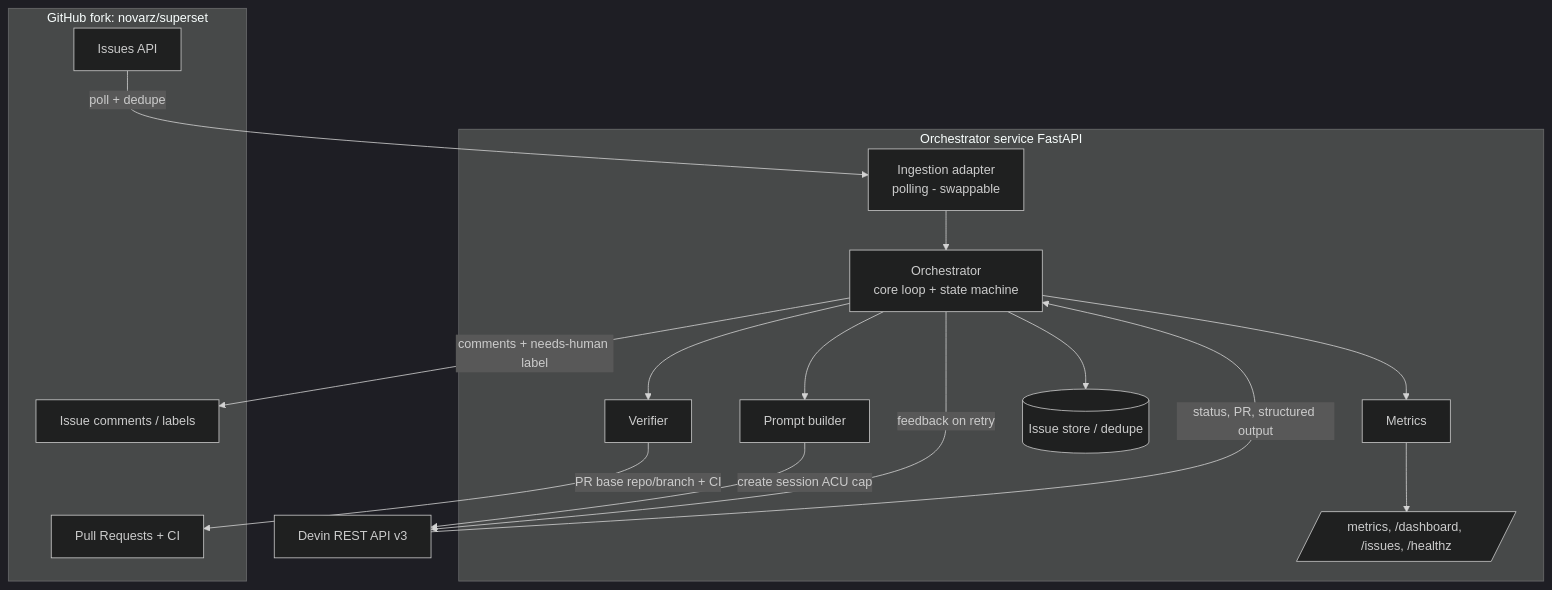
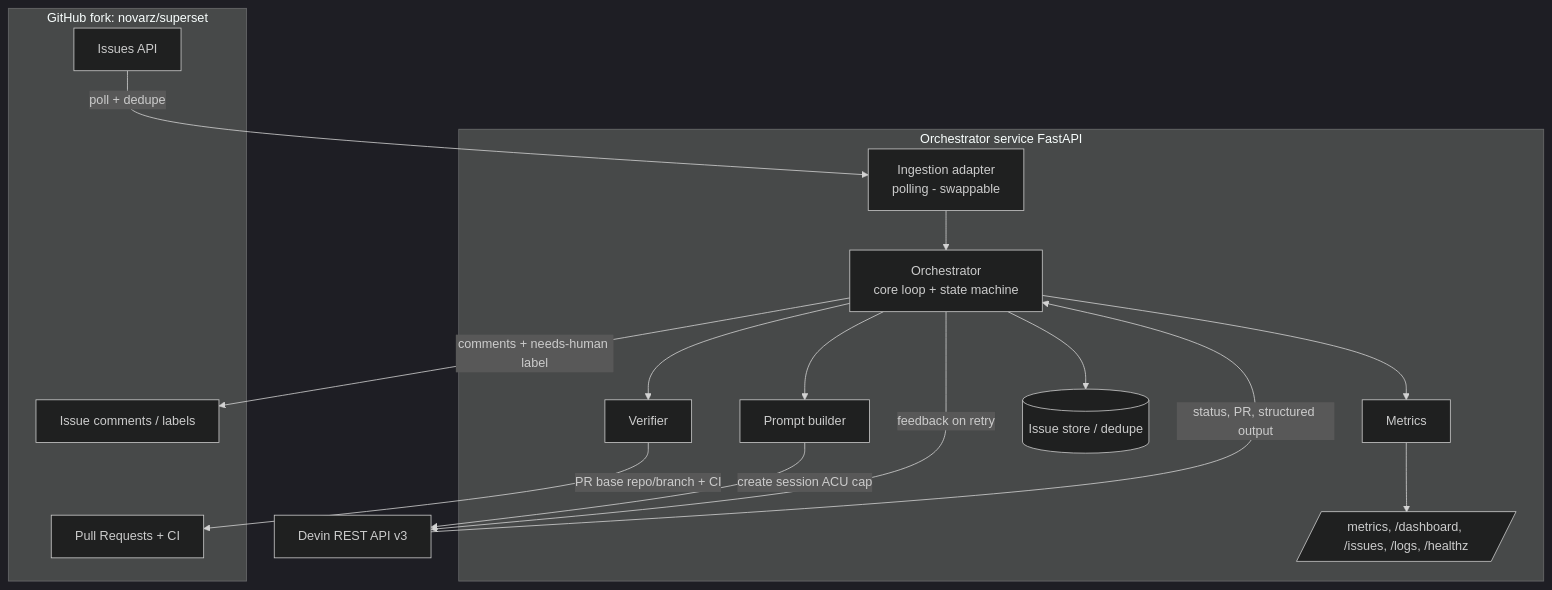
The first of 2 diagrams in README.md (novarz/devin-issue-orchestrator), drawn with Mermaid (dark theme) before and after one commit. The commit also changed other lines of this file and 7 other files, not shown here.

````diff
--- a/README.md
+++ b/README.md
@@ -40,32 +40,32 @@
 ```mermaid
 flowchart TD
     subgraph GH[GitHub fork: novarz/superset]
         ISSUES[Issues API]
         PRS[Pull Requests + CI]
         COMMENTS[Issue comments / labels]
     end
 
     subgraph SVC[Orchestrator service FastAPI]
         ADP[Ingestion adapter\npolling - swappable]
         ORCH[Orchestrator\ncore loop + state machine]
         PROMPT[Prompt builder]
         VER[Verifier]
         MET[Metrics]
         STORE[(Issue store / dedupe)]
-        API[/metrics, /dashboard, /issues, /healthz/]
+        API[/metrics, /dashboard, /issues, /logs, /healthz/]
     end
 
     DEVIN[Devin REST API v3]
 
     ISSUES -->|poll + dedupe| ADP --> ORCH
     ORCH --> PROMPT
     PROMPT -->|create session ACU cap| DEVIN
     DEVIN -->|status, PR, structured output| ORCH
     ORCH -->|feedback on retry| DEVIN
     ORCH --> VER
     VER -->|PR base repo/branch + CI| PRS
     ORCH -->|comments + needs-human label| COMMENTS
     ORCH --> STORE
     ORCH --> MET
     MET --> API
 ```
````
